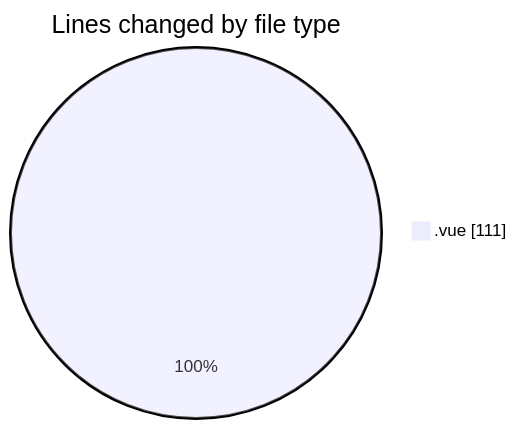
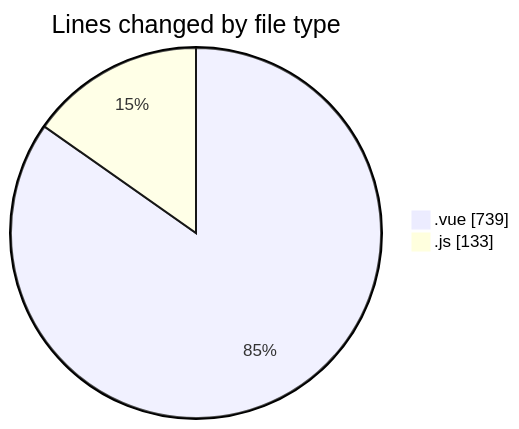
Before and after one commit to lephambinh05/code-tracking: the first of 2 diagrams in 2025-08-11/rentotp/README.md, drawn with Mermaid. The commit also changed other lines of this file and 1 other file, not shown here.

````diff
--- a/2025-08-11/rentotp/README.md
+++ b/2025-08-11/rentotp/README.md
@@ -21,5 +23,6 @@
 ```mermaid
 pie showData
 title Lines changed by file type
-".vue" : 111
+".vue" : 739
+".js" : 133
 ```
````
